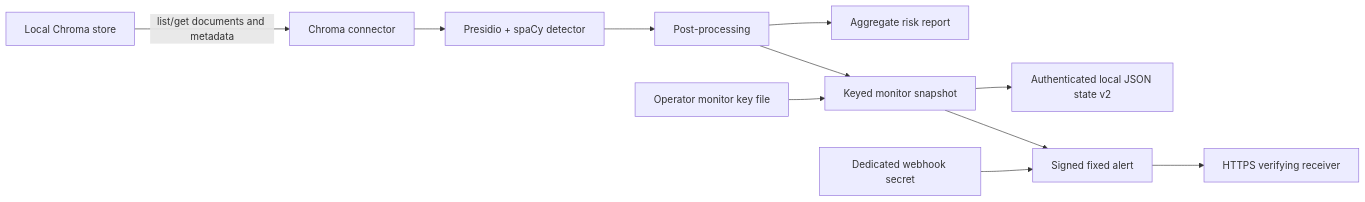
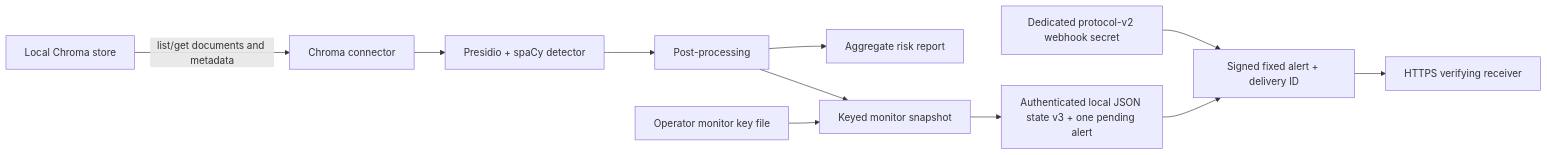
The diagram in docs/ARCHITECTURE.md (Agenvana/RAGLeakGuard), drawn with Mermaid before and after one commit. The commit also changed other lines of this file and 10 other files, not shown here.

Commit message:
Add durable webhook alert outbox

````diff
--- a/docs/ARCHITECTURE.md
+++ b/docs/ARCHITECTURE.md
@@ -14,13 +14,13 @@
 ```mermaid
 flowchart LR
     A["Local Chroma store"] -->|"list/get documents and metadata"| B["Chroma connector"]
     B --> C["Presidio + spaCy detector"]
     C --> D["Post-processing"]
     D --> E["Aggregate risk report"]
     D --> F["Keyed monitor snapshot"]
     I["Operator monitor key file"] --> F
-    F --> G["Authenticated local JSON state v2"]
-    J["Dedicated webhook secret"] --> H["Signed fixed alert"]
-    F --> H
+    F --> G["Authenticated local JSON state v3 + one pending alert"]
+    J["Dedicated protocol-v2 webhook secret"] --> H["Signed fixed alert + delivery ID"]
+    G --> H
     H --> K["HTTPS verifying receiver"]
 ```
````
